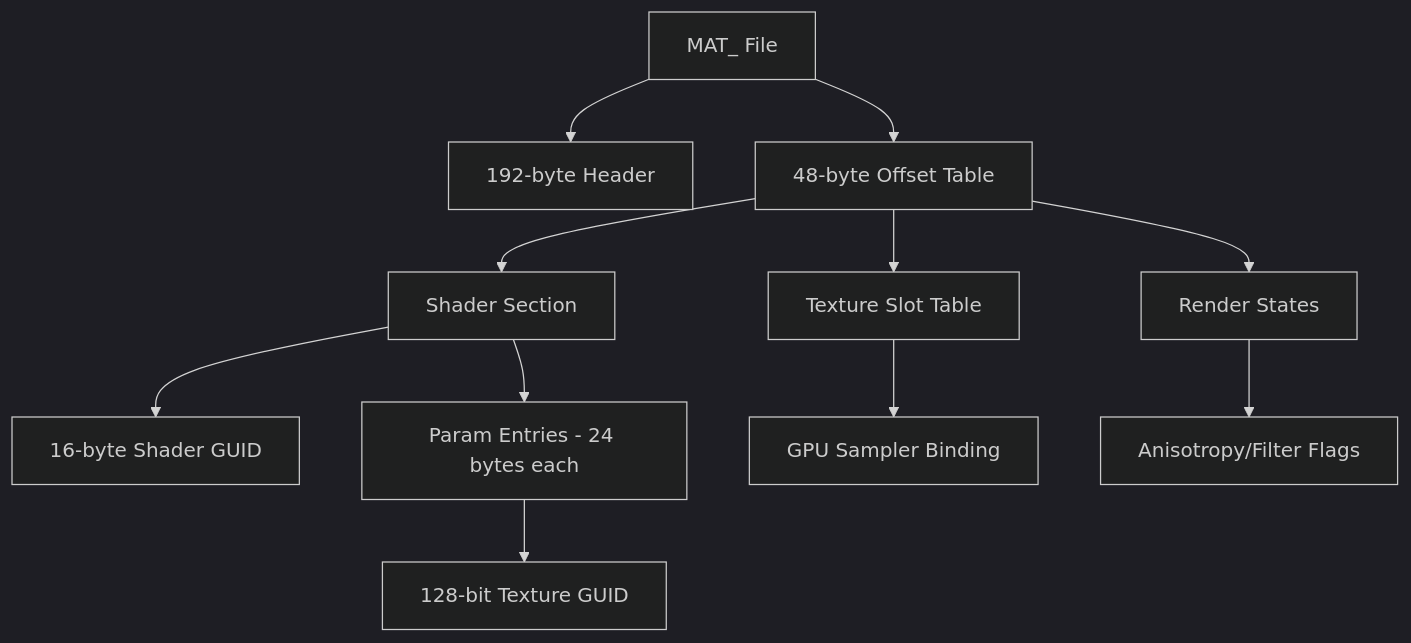
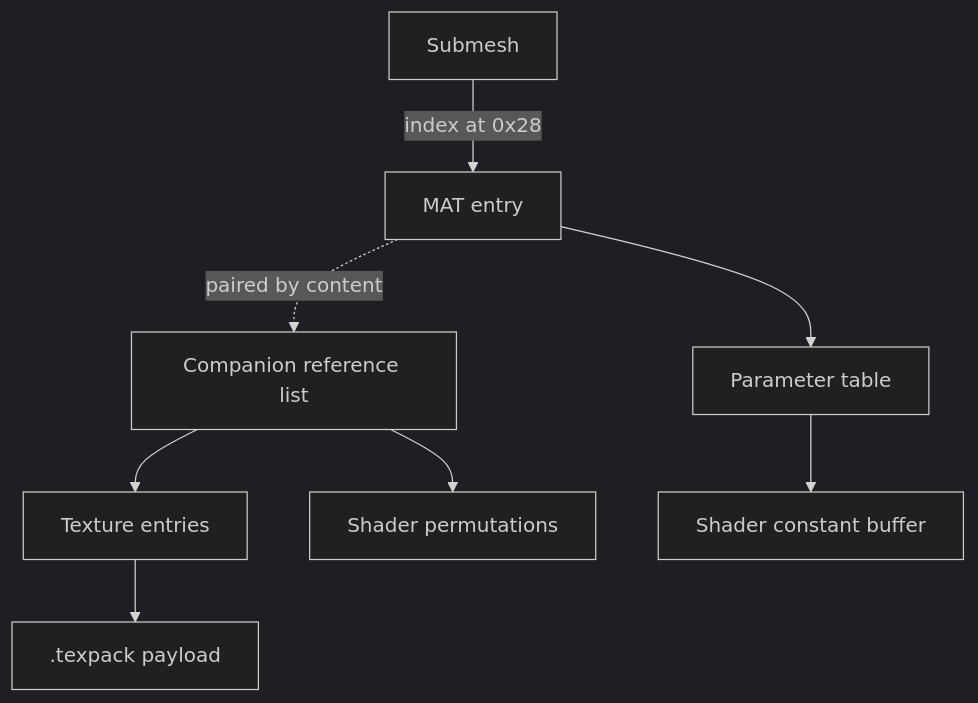
One commit to JeanxPereira/GoWToolkit changed the diagram in docs/GoWRknk/Formats/Material.md. Above: the diagram before and after it, drawn with Mermaid (dark theme). The commit also changed other lines of this file and 4 other files, not shown here.

````diff
--- a/docs/GoWRknk/Formats/Material.md
+++ b/docs/GoWRknk/Formats/Material.md
@@ -11,16 +17,10 @@
 ```mermaid
 graph TD
-    MAT[MAT_ File] --> Header[192-byte Header]
-    MAT --> OffsetTable[48-byte Offset Table]
-    
-    OffsetTable --> ShaderSec[Shader Section]
-    ShaderSec --> ShaderGUID[16-byte Shader GUID]
-    ShaderSec --> Params[Param Entries - 24 bytes each]
-    Params --> TextureGUID[128-bit Texture GUID]
-    
-    OffsetTable --> TexSlot[Texture Slot Table]
-    TexSlot --> GPUSlot[GPU Sampler Binding]
-    
-    OffsetTable --> RenderStates[Render States]
-    RenderStates --> SamplerState[Anisotropy/Filter Flags]
+    SM[Submesh] -->|index at 0x28| MAT[MAT entry]
+    MAT --> Params[Parameter table]
+    MAT -.paired by content.-> Refs[Companion reference list]
+    Refs --> TX[Texture entries]
+    Refs --> SH[Shader permutations]
+    Params --> CB[Shader constant buffer]
+    TX --> Pack[.texpack payload]
 ```
````
